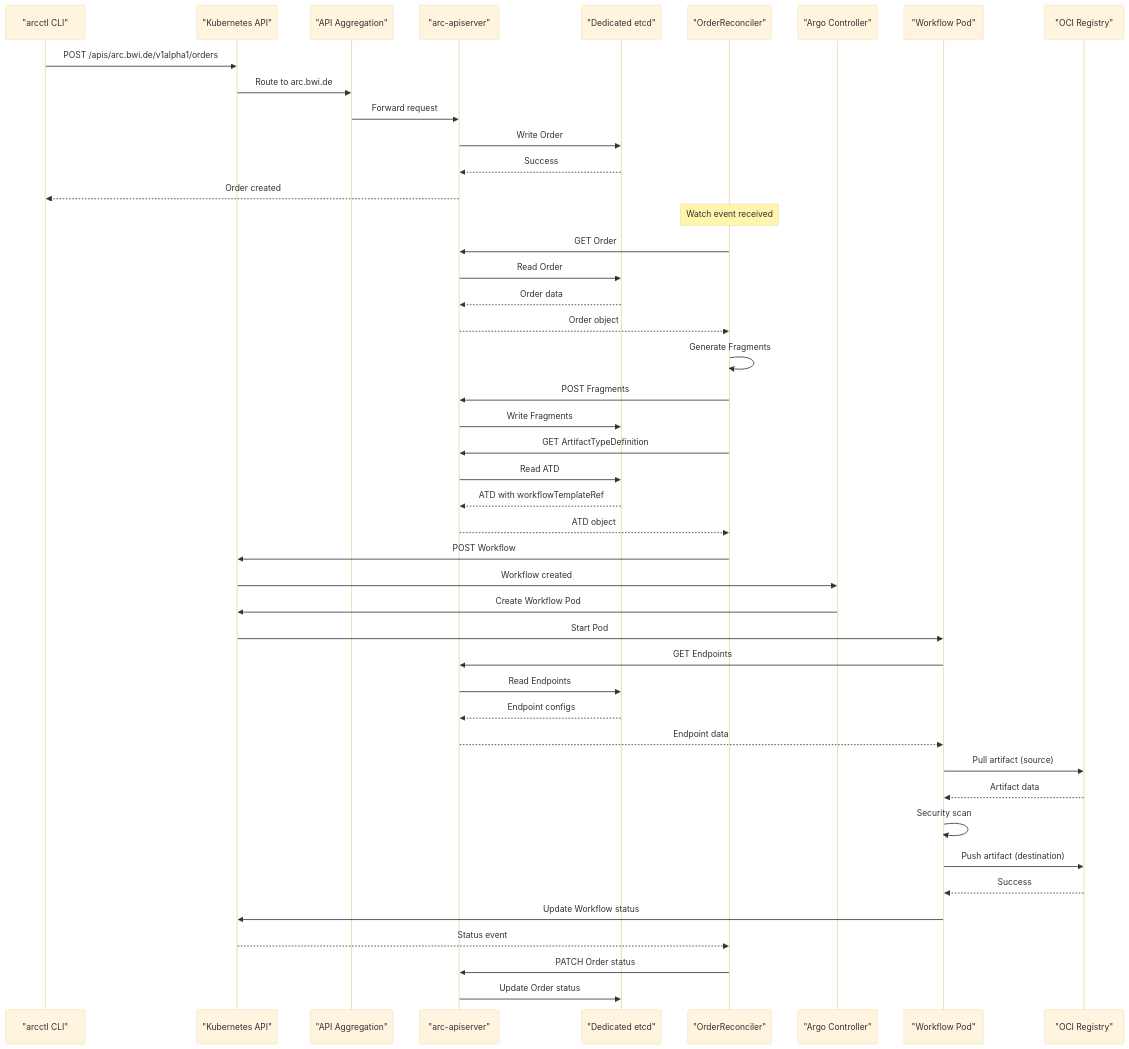
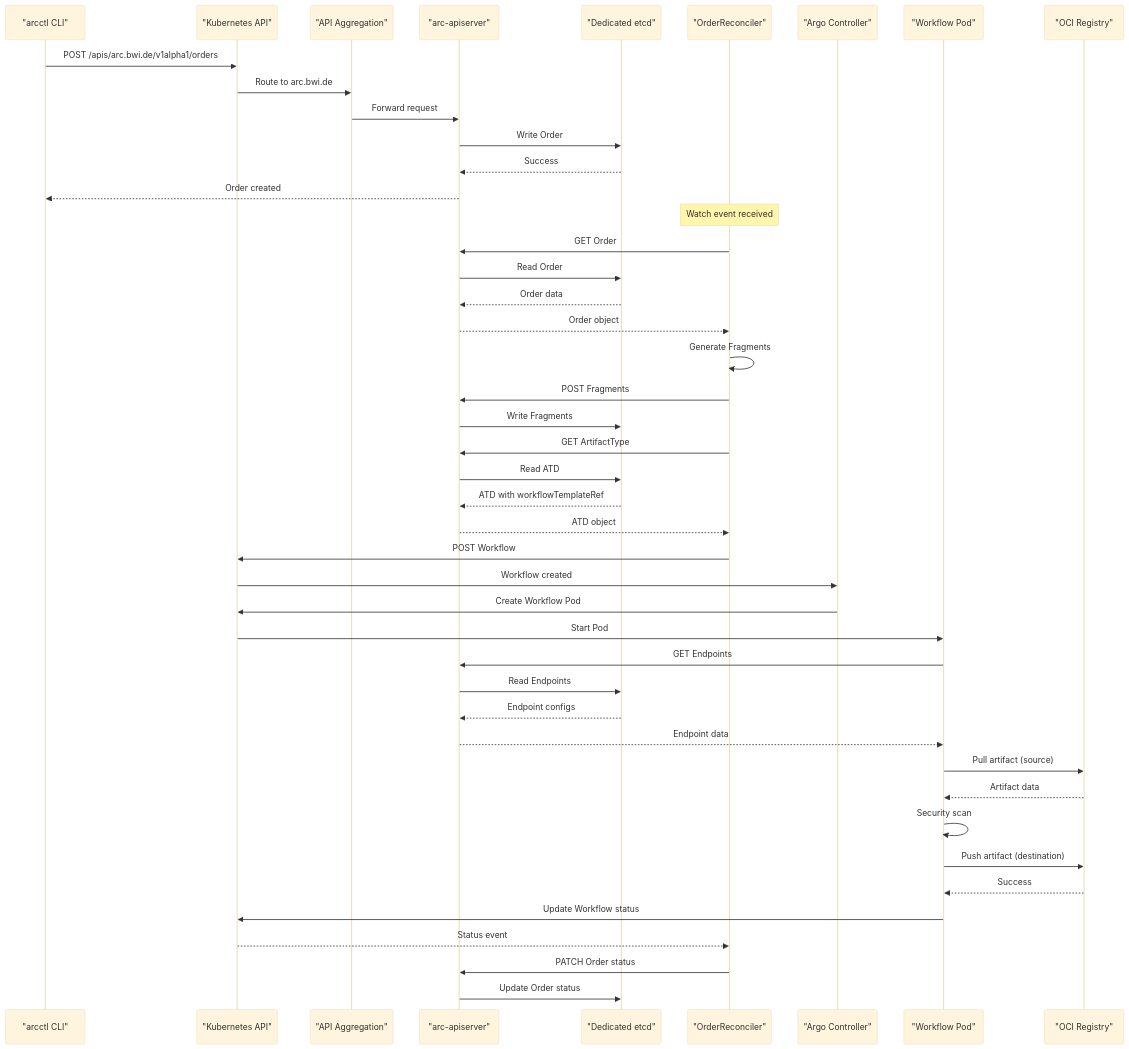
The seventh of 7 diagrams in docs/user-guide/core-concepts.md (opendefensecloud/artifact-conduit), drawn with Mermaid (base theme) before and after one commit. The commit also changed other lines of this file and 39 other files, not shown here.

Commit message:
rename ArtifactTypeDefinition to ArtifactType

````diff
--- a/docs/user-guide/core-concepts.md
+++ b/docs/user-guide/core-concepts.md
@@ -428,61 +428,61 @@
 ```mermaid
 sequenceDiagram
     participant CLI as "arcctl CLI"
     participant K8sAPI as "Kubernetes API"
     participant APIAgg as "API Aggregation"
     participant ARCAPI as "arc-apiserver"
     participant etcd as "Dedicated etcd"
     participant Ctrl as "OrderReconciler"
     participant Argo as "Argo Controller"
     participant Worker as "Workflow Pod"
     participant Registry as "OCI Registry"
     
     CLI->>K8sAPI: POST /apis/arc.bwi.de/v1alpha1/orders
     K8sAPI->>APIAgg: Route to arc.bwi.de
     APIAgg->>ARCAPI: Forward request
     ARCAPI->>etcd: Write Order
     etcd-->>ARCAPI: Success
     ARCAPI-->>CLI: Order created
     
     Note over Ctrl: Watch event received
     
     Ctrl->>ARCAPI: GET Order
     ARCAPI->>etcd: Read Order
     etcd-->>ARCAPI: Order data
     ARCAPI-->>Ctrl: Order object
     
     Ctrl->>Ctrl: Generate Fragments
     
     Ctrl->>ARCAPI: POST Fragments
     ARCAPI->>etcd: Write Fragments
     
-    Ctrl->>ARCAPI: GET ArtifactTypeDefinition
+    Ctrl->>ARCAPI: GET ArtifactType
     ARCAPI->>etcd: Read ATD
     etcd-->>ARCAPI: ATD with workflowTemplateRef
     ARCAPI-->>Ctrl: ATD object
     
     Ctrl->>K8sAPI: POST Workflow
     K8sAPI->>Argo: Workflow created
     
     Argo->>K8sAPI: Create Workflow Pod
     K8sAPI->>Worker: Start Pod
     
     Worker->>ARCAPI: GET Endpoints
     ARCAPI->>etcd: Read Endpoints
     etcd-->>ARCAPI: Endpoint configs
     ARCAPI-->>Worker: Endpoint data
     
     Worker->>Registry: Pull artifact (source)
     Registry-->>Worker: Artifact data
     
     Worker->>Worker: Security scan
     
     Worker->>Registry: Push artifact (destination)
     Registry-->>Worker: Success
     
     Worker->>K8sAPI: Update Workflow status
     K8sAPI-->>Ctrl: Status event
     
     Ctrl->>ARCAPI: PATCH Order status
     ARCAPI->>etcd: Update Order status
 ```
````
